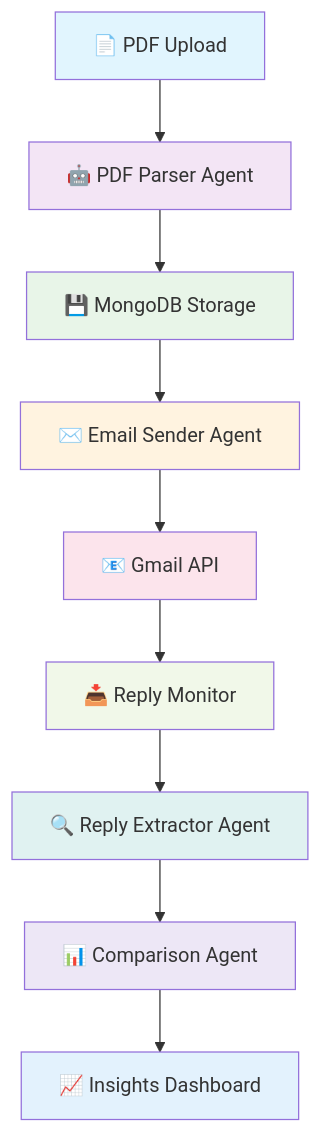
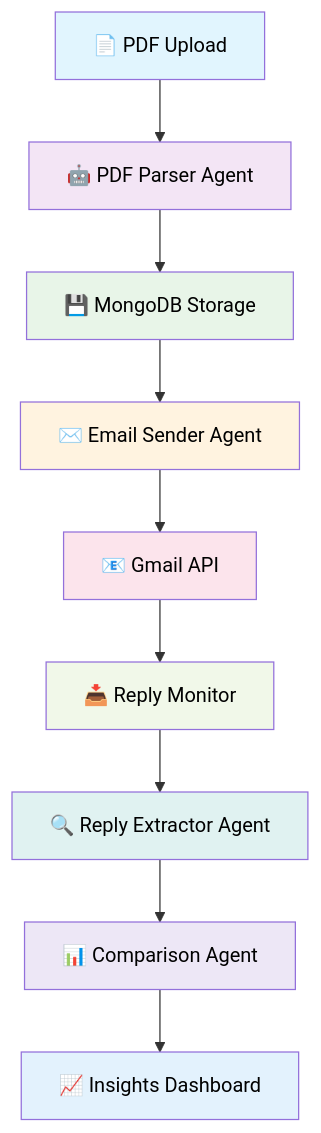
The diagram in README.md (Manjotmakes/ai-real-estate-agent), drawn with Mermaid before and after one commit.

````diff
--- a/README.md
+++ b/README.md
@@ -69,21 +69,21 @@
 ```mermaid
 graph TD
     A[📄 PDF Upload] --> B[🤖 PDF Parser Agent]
     B --> C[💾 MongoDB Storage]
     C --> D[✉️ Email Sender Agent]
     D --> E[📧 Gmail API]
     E --> F[📥 Reply Monitor]
     F --> G[🔍 Reply Extractor Agent]
     G --> H[📊 Comparison Agent]
     H --> I[📈 Insights Dashboard]
 
-    style A fill:#e1f5fe
-    style B fill:#f3e5f5
-    style C fill:#e8f5e8
-    style D fill:#fff3e0
-    style E fill:#fce4ec
-    style F fill:#f1f8e9
-    style G fill:#e0f2f1
-    style H fill:#ede7f6
-    style I fill:#e3f2fd
+    style A fill:#e1f5fe,color:#000000
+    style B fill:#f3e5f5,color:#000000
+    style C fill:#e8f5e8,color:#000000
+    style D fill:#fff3e0,color:#000000
+    style E fill:#fce4ec,color:#000000
+    style F fill:#f1f8e9,color:#000000
+    style G fill:#e0f2f1,color:#000000
+    style H fill:#ede7f6,color:#000000
+    style I fill:#e3f2fd,color:#000000
 ```
````
